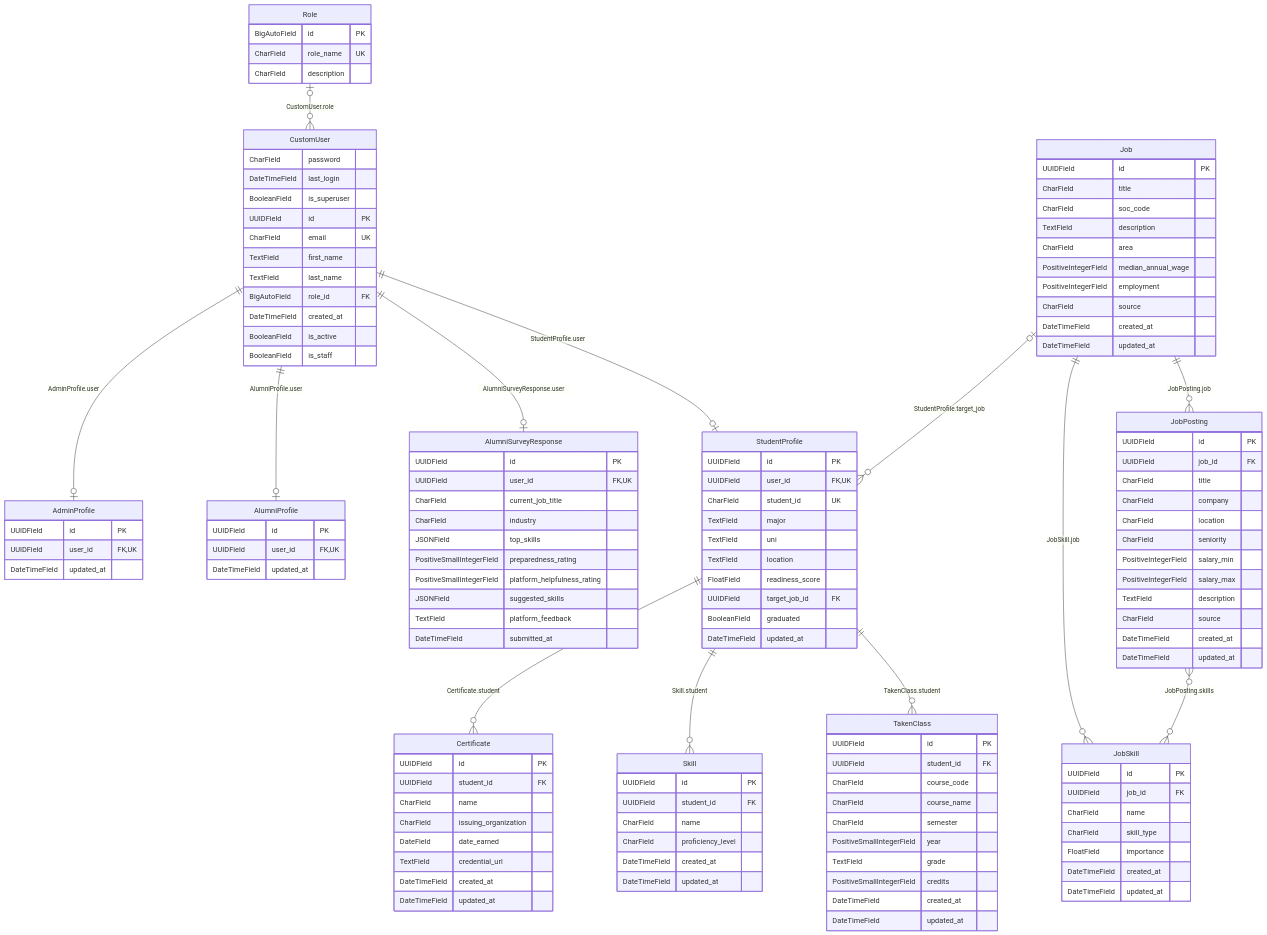
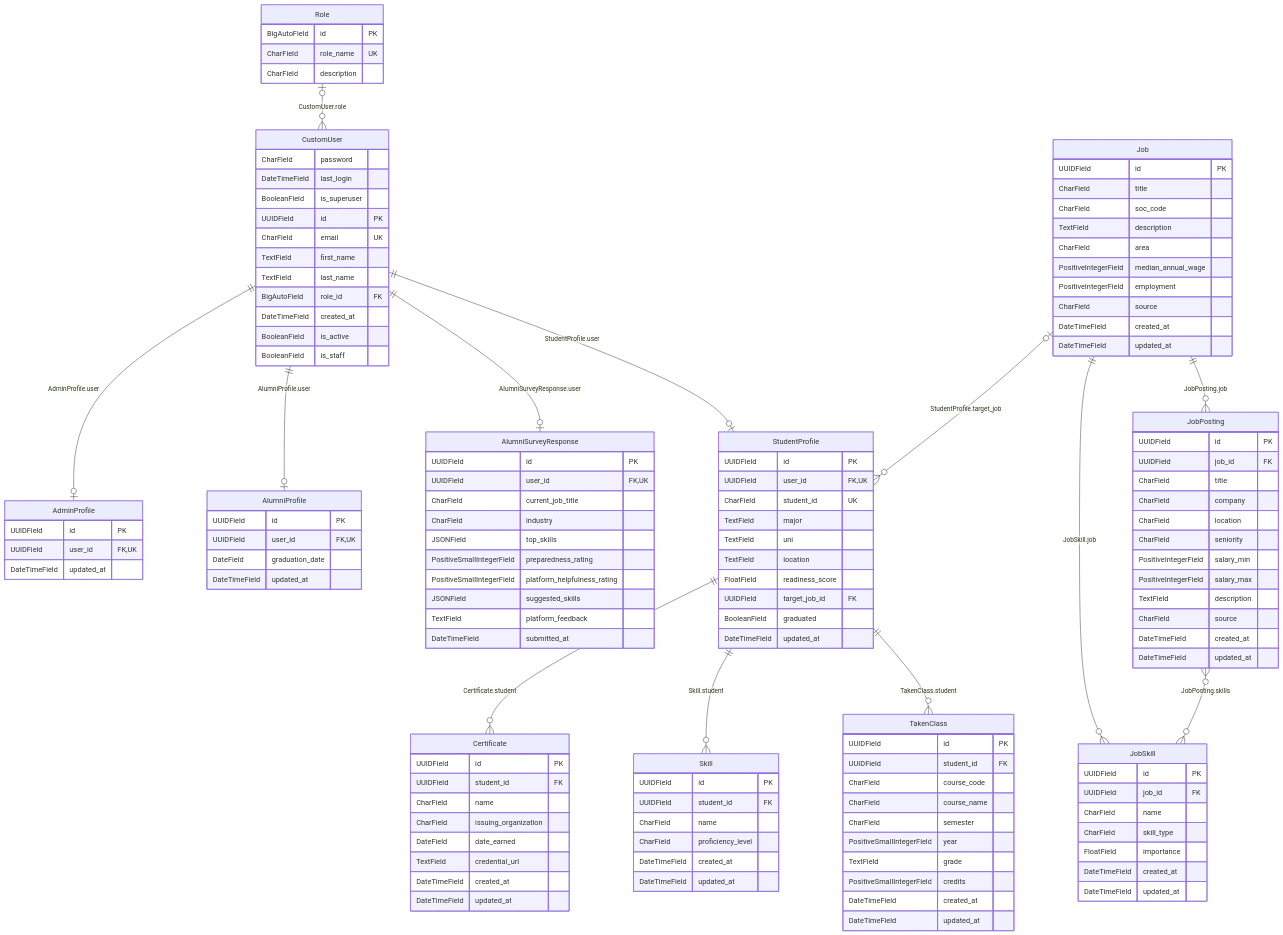
One commit to GradPace/GradPace-Prototype changed the diagram in backend/docs/schema.md. Above: the diagram before and after it, drawn with Mermaid. The commit also changed 21 other files, not shown here.

```diff
--- a/backend/docs/schema.md
+++ b/backend/docs/schema.md
@@ -62,6 +62,7 @@
     AlumniProfile {
         UUIDField id PK
         UUIDField user_id FK, UK
+        DateField graduation_date
         DateTimeField updated_at
     }
     AdminProfile {
```
